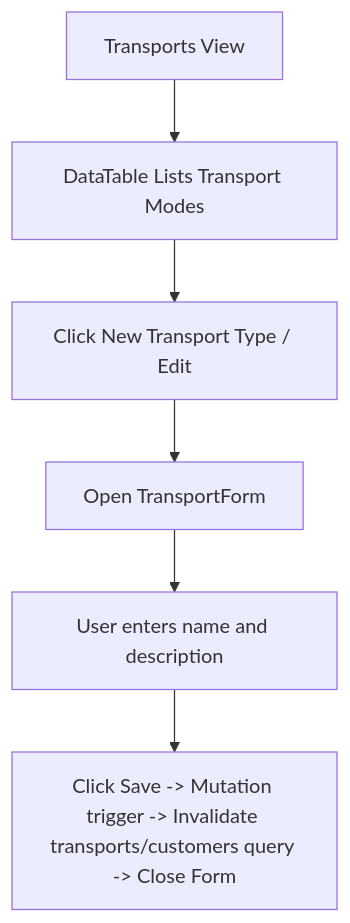
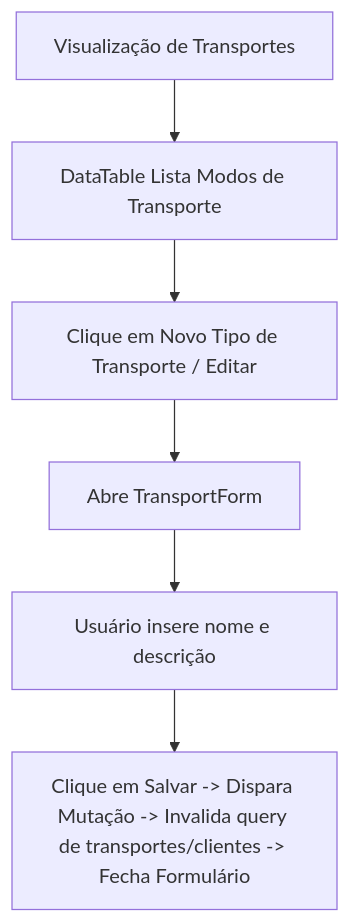
Before and after one commit to EdDevFront/sales-order-management-system: the diagram in docs/transports/README.md, drawn with Mermaid. The commit also changed other lines of this file and 5 other files, not shown here.

Commit message:
docs: translate documentation markdown and mermaid diagrams to Portuguese

````diff
--- a/docs/transports/README.md
+++ b/docs/transports/README.md
@@ -11,8 +11,8 @@
 ```mermaid
 graph TD
-    A[Transports View] --> B[DataTable Lists Transport Modes]
-    B --> C[Click New Transport Type / Edit]
-    C --> D[Open TransportForm]
-    D --> E[User enters name and description]
-    E --> F[Click Save -> Mutation trigger -> Invalidate transports/customers query -> Close Form]
+    A[Visualização de Transportes] --> B[DataTable Lista Modos de Transporte]
+    B --> C[Clique em Novo Tipo de Transporte / Editar]
+    C --> D[Abre TransportForm]
+    D --> E[Usuário insere nome e descrição]
+    E --> F[Clique em Salvar -> Dispara Mutação -> Invalida query de transportes/clientes -> Fecha Formulário]
 ```
````
